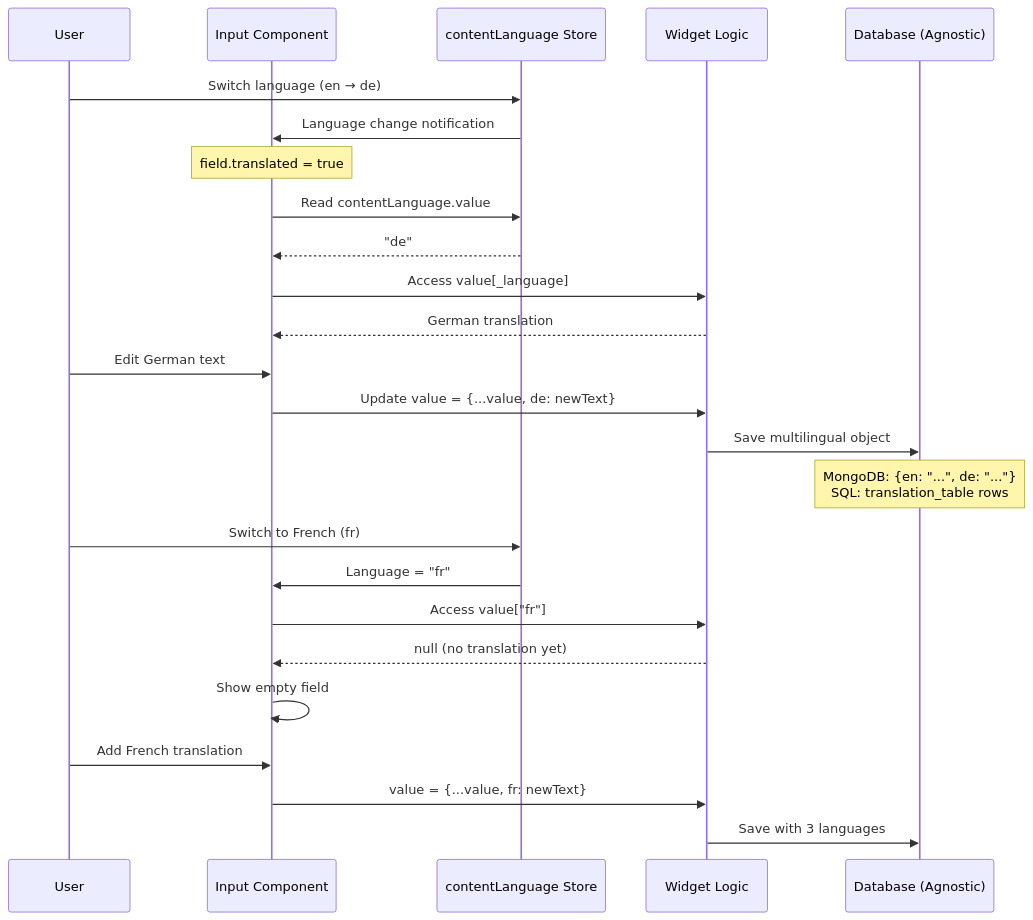
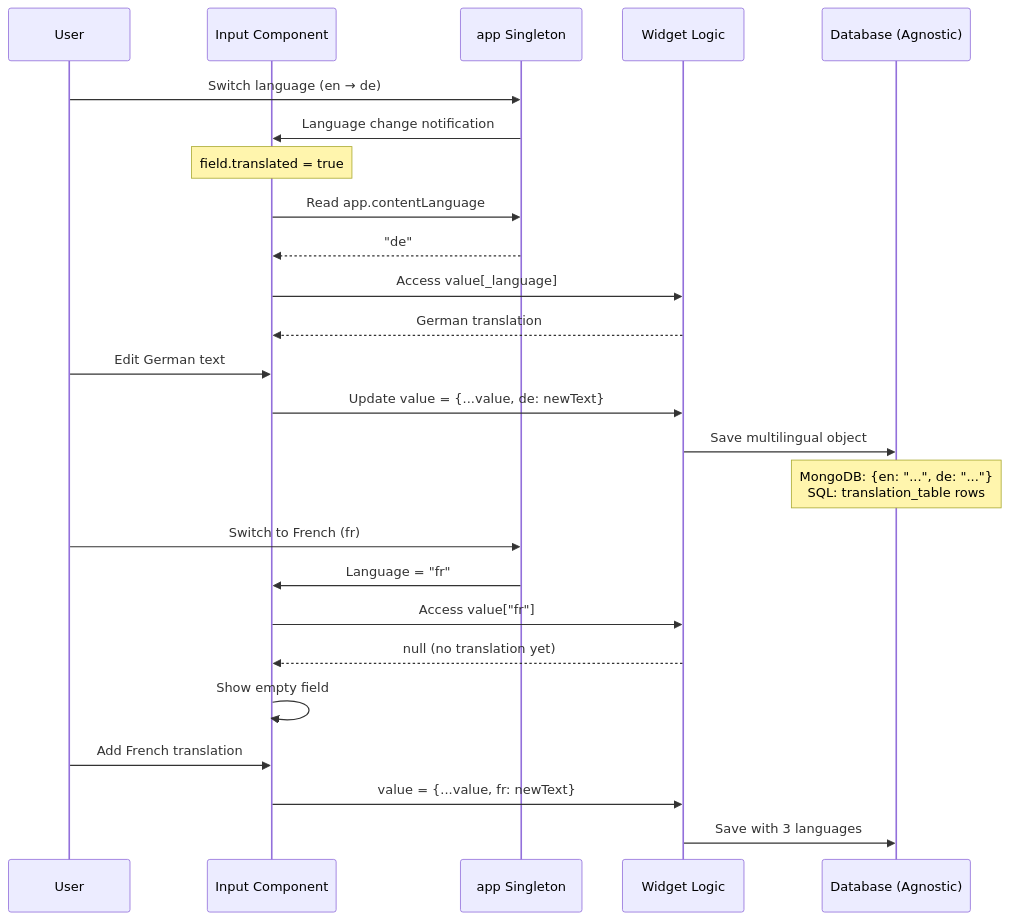
The third of 11 diagrams in docs/widgets/widget-system-visual-overview.mdx (SveltyCMS/SveltyCMS), drawn with Mermaid before and after one commit. The commit also changed other lines of this file and 193 other files, not shown here.

````diff
--- a/docs/widgets/widget-system-visual-overview.mdx
+++ b/docs/widgets/widget-system-visual-overview.mdx
@@ -149,34 +149,34 @@
 ```mermaid
 sequenceDiagram
     participant User
     participant Input as Input Component
-    participant Store as contentLanguage Store
+    participant Store as app Singleton
     participant Widget as Widget Logic
     participant DB as Database (Agnostic)
 
     User->>Store: Switch language (en → de)
     Store->>Input: Language change notification
 
     Note over Input: field.translated = true
-    Input->>Store: Read contentLanguage.value
+    Input->>Store: Read app.contentLanguage
     Store-->>Input: "de"
 
     Input->>Widget: Access value[_language]
     Widget-->>Input: German translation
 
     User->>Input: Edit German text
     Input->>Widget: Update value = {...value, de: newText}
 
     Widget->>DB: Save multilingual object
     Note over DB: MongoDB: {en: "...", de: "..."}<br/>SQL: translation_table rows
 
     User->>Store: Switch to French (fr)
     Store->>Input: Language = "fr"
     Input->>Widget: Access value["fr"]
     Widget-->>Input: null (no translation yet)
     Input->>Input: Show empty field
 
     User->>Input: Add French translation
     Input->>Widget: value = {...value, fr: newText}
     Widget->>DB: Save with 3 languages
 ```
````
